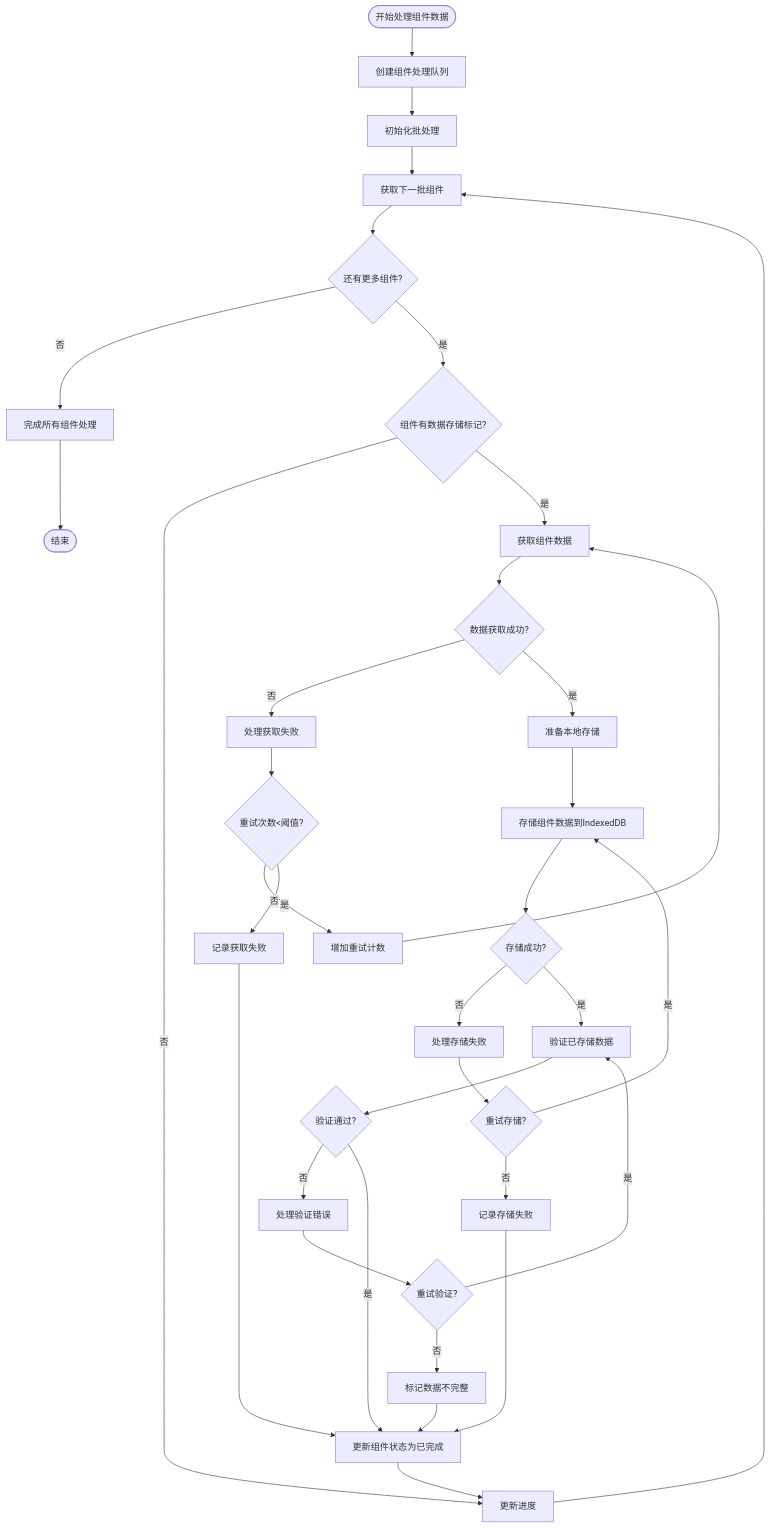
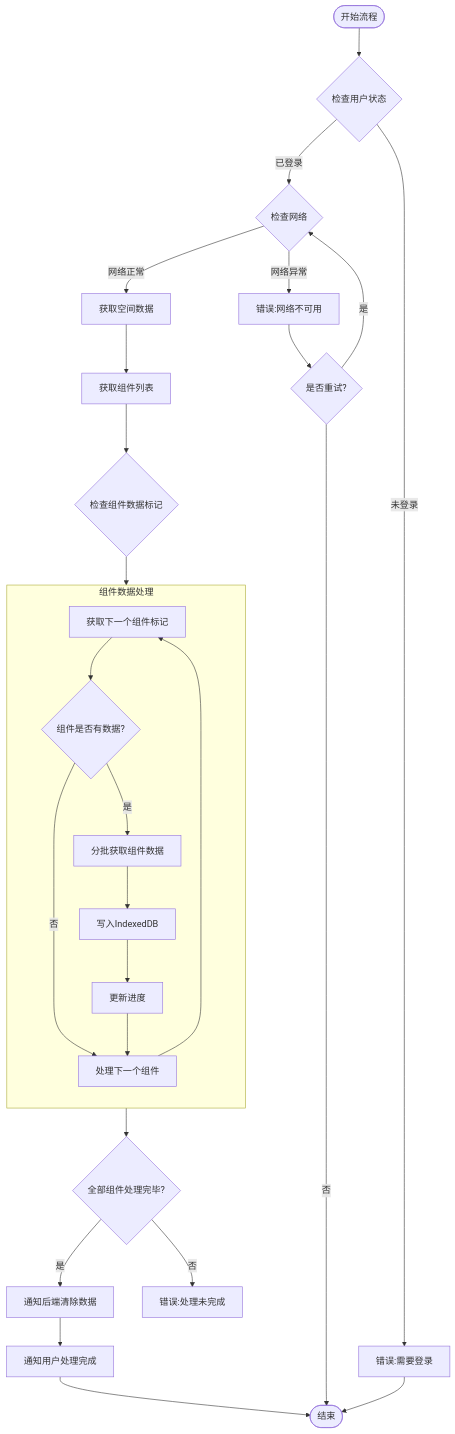
The diagram in all/未命名-50.md (yingjianzh/iodraw-files), drawn with Mermaid before and after one commit.

Commit message:
2025-05-08 11:16:49 update

````diff
--- a/all/未命名-50.md
+++ b/all/未命名-50.md
@@ -1,50 +1,36 @@
 ```mermaid
 flowchart TD
-    StartProcessing([开始处理组件数据]) --> CreateQueue[创建组件处理队列]
+    Start([开始流程]) --> CheckStatus{检查用户状态}
+    CheckStatus -->|已登录| CheckNetwork{检查网络}
+    CheckStatus -->|未登录| Error1[错误:需要登录]
+    Error1 --> End([结束])
     
-    CreateQueue --> InitBatchProcessing[初始化批处理]
+    CheckNetwork -->|网络正常| FetchSpaceData[获取空间数据]
+    CheckNetwork -->|网络异常| Error2[错误:网络不可用]
+    Error2 --> RetryCheck{是否重试?}
+    RetryCheck -->|是| CheckNetwork
+    RetryCheck -->|否| End
     
-    InitBatchProcessing --> GetNextComponent[获取下一批组件]
-    GetNextComponent --> HasMoreComponents{还有更多组件?}
+    FetchSpaceData --> FetchComponentList[获取组件列表]
+    FetchComponentList --> CheckComponentData{检查组件数据标记}
     
-    HasMoreComponents -->|否| CompleteProcessing[完成所有组件处理]
-    HasMoreComponents -->|是| CheckDataFlag{组件有数据存储标记?}
+    subgraph ComponentProcess [组件数据处理]
+        direction TB
+        A[获取下一个组件标记] --> B{组件是否有数据?}
+        B -->|否| NextComponent[处理下一个组件]
+        B -->|是| C[分批获取组件数据]
+        C --> D[写入IndexedDB]
+        D --> UpdateProgress[更新进度]
+        UpdateProgress --> NextComponent
+        NextComponent --> A
+    end
     
-    CheckDataFlag -->|否| UpdateProgress[更新进度]
-    CheckDataFlag -->|是| FetchComponentData[获取组件数据]
+    CheckComponentData --> ComponentProcess
+    ComponentProcess --> AllComponentsProcessed{全部组件处理完毕?}
     
-    FetchComponentData --> DataFetchOk{数据获取成功?}
+    AllComponentsProcessed -->|是| ClearServerData[通知后端清除数据]
+    AllComponentsProcessed -->|否| Error3[错误:处理未完成]
     
-    DataFetchOk -->|否| HandleFetchError[处理获取失败]
-    HandleFetchError --> RetryCount{重试次数<阈值?}
-    RetryCount -->|是| IncrementRetry[增加重试计数]
-    IncrementRetry --> FetchComponentData
-    RetryCount -->|否| LogFetchFailure[记录获取失败]
-    
-    DataFetchOk -->|是| PrepareStorage[准备本地存储]
-    PrepareStorage --> StoreComponentData[存储组件数据到IndexedDB]
-    
-    StoreComponentData --> StorageOk{存储成功?}
-    StorageOk -->|否| HandleStorageError[处理存储失败]
-    HandleStorageError --> RetryStorage{重试存储?}
-    RetryStorage -->|是| StoreComponentData
-    RetryStorage -->|否| LogStorageFailure[记录存储失败]
-    
-    StorageOk -->|是| VerifyStoredData[验证已存储数据]
-    VerifyStoredData --> VerifyOk{验证通过?}
-    
-    VerifyOk -->|否| HandleVerifyError[处理验证错误]
-    HandleVerifyError --> RetryVerify{重试验证?}
-    RetryVerify -->|是| VerifyStoredData
-    RetryVerify -->|否| MarkDataIncomplete[标记数据不完整]
-    
-    VerifyOk -->|是| UpdateComponentStatus[更新组件状态为已完成]
-    LogFetchFailure --> UpdateComponentStatus
-    LogStorageFailure --> UpdateComponentStatus
-    MarkDataIncomplete --> UpdateComponentStatus
-    
-    UpdateComponentStatus --> UpdateProgress
-    UpdateProgress --> GetNextComponent
-    
-    CompleteProcessing --> Return([结束])
+    ClearServerData --> CompletionNotification[通知用户处理完成]
+    CompletionNotification --> End
 ```
````
